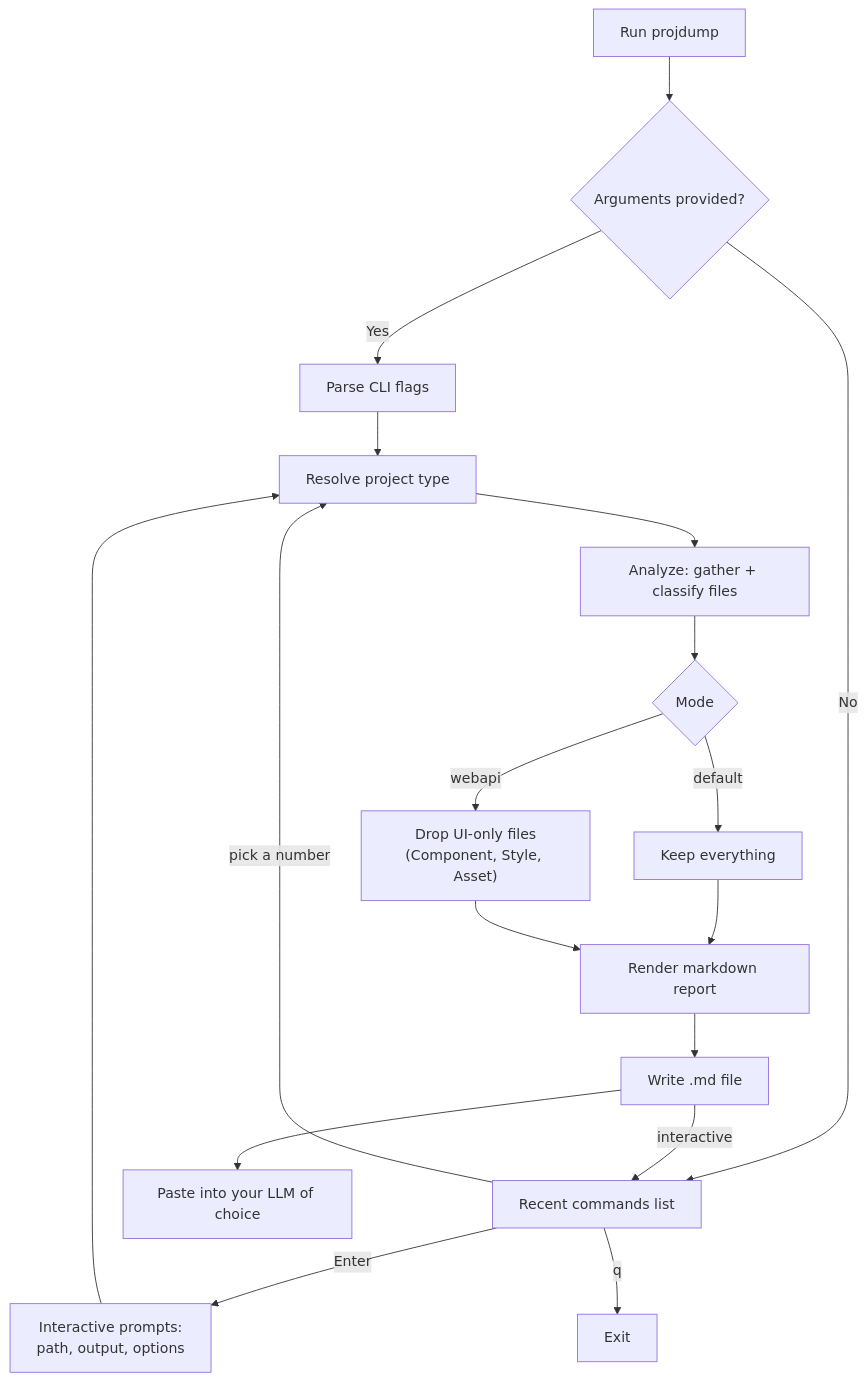
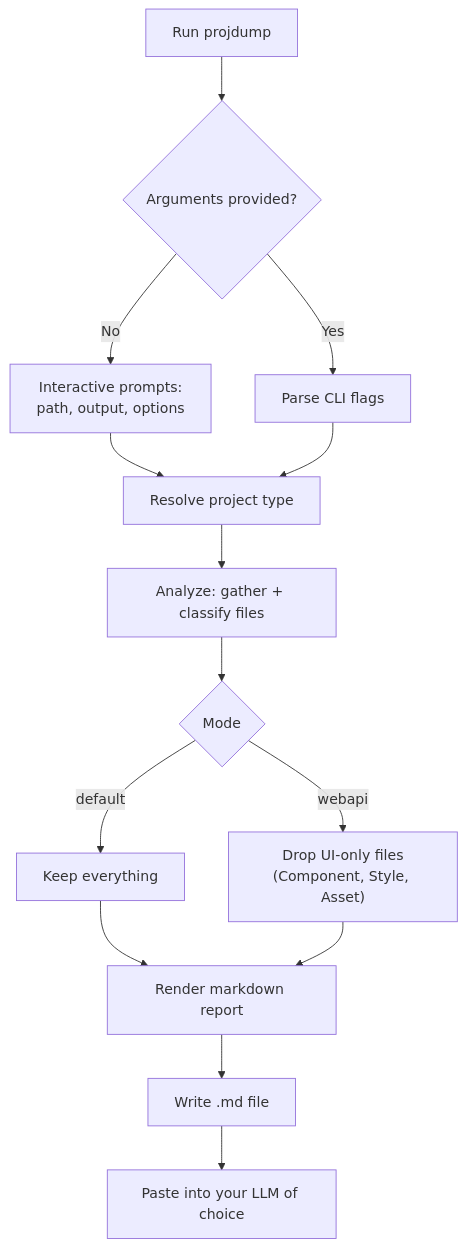
One commit to elliotmoule/projdump changed the first of 2 diagrams in README.md. Above: the diagram before and after it, drawn with Mermaid. The commit also changed other lines of this file and 23 other files, not shown here.

````diff
--- a/README.md
+++ b/README.md
@@ -106,20 +105,16 @@
 ```mermaid
 flowchart TD
     A["Run projdump"] --> B{"Arguments provided?"}
+    B -- No --> C["Interactive prompts:\npath, output, options"]
     B -- Yes --> D["Parse CLI flags"]
-    B -- No --> C["Recent commands list"]
-    C -- "pick a number" --> E["Resolve project type"]
-    C -- "Enter" --> C2["Interactive prompts:\npath, output, options"]
-    C -- "q" --> Z["Exit"]
-    C2 --> E
+    C --> E["Resolve project type"]
     D --> E
     E --> F["Analyze: gather + classify files"]
     F --> G{"Mode"}
     G -- default --> H["Keep everything"]
     G -- webapi --> I["Drop UI-only files\n(Component, Style, Asset)"]
     H --> J["Render markdown report"]
     I --> J
     J --> K["Write .md file"]
     K --> L["Paste into your LLM of choice"]
-    K -- "interactive" --> C
 ```
````
